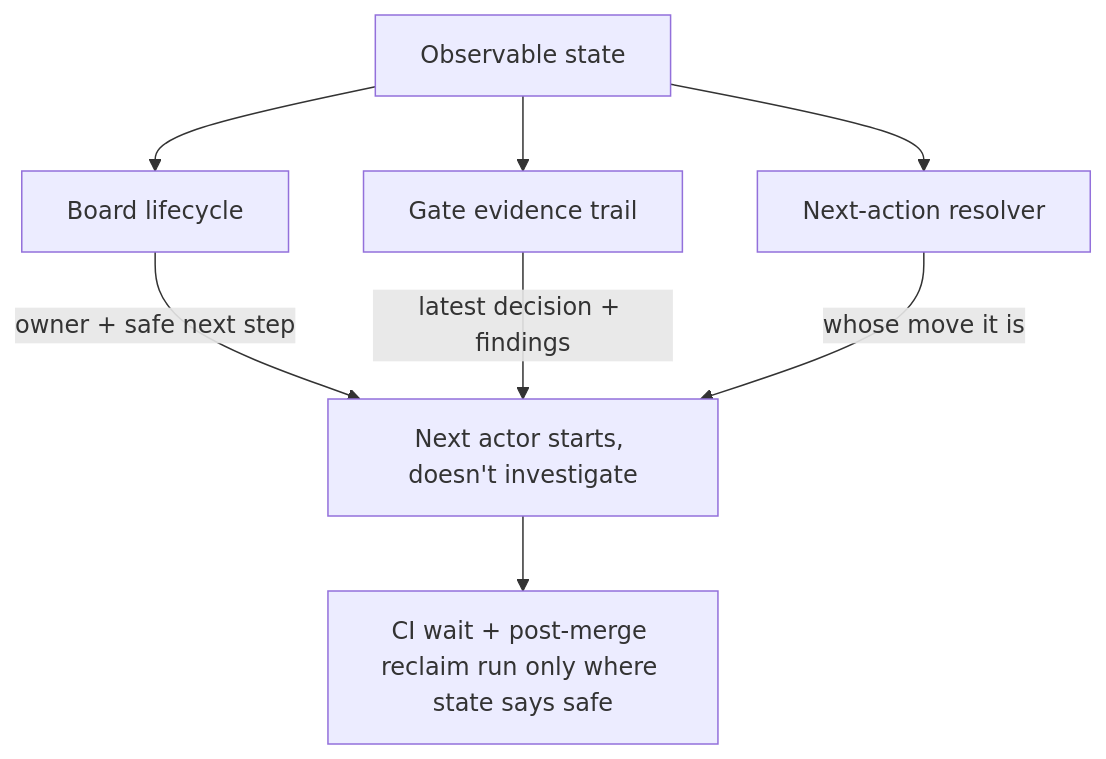
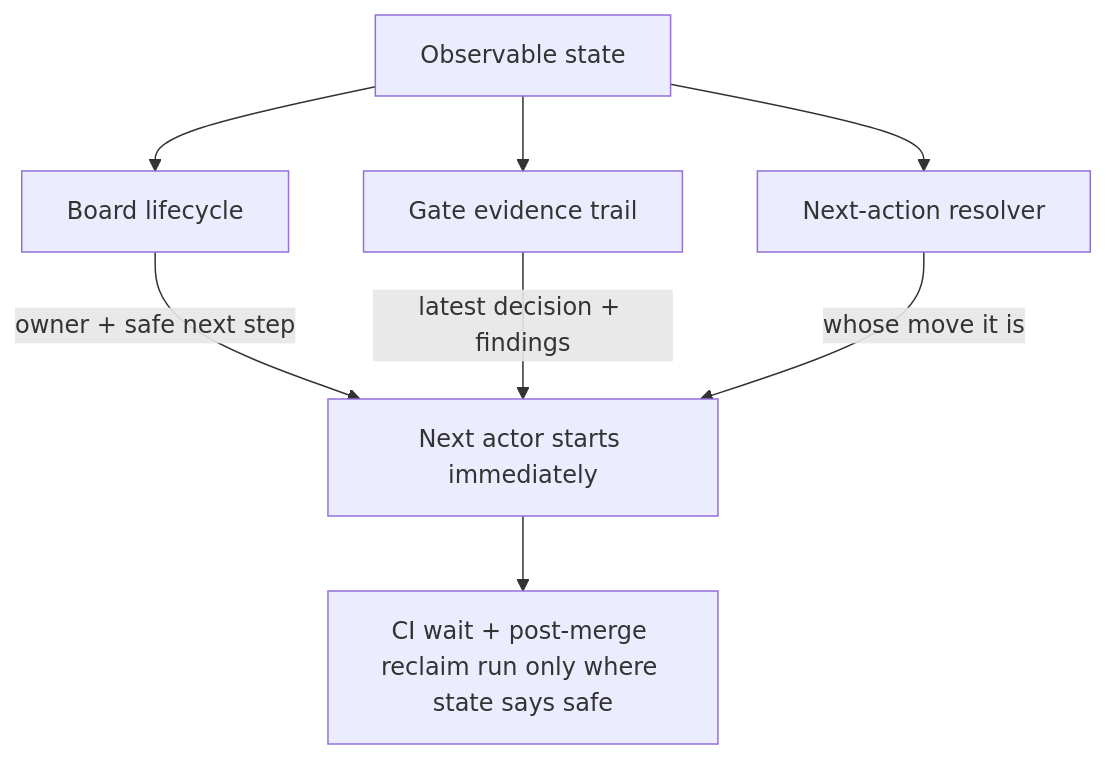
Before and after one commit to mfittko/dev-loops: the fourth of 4 diagrams in docs/articles/make-the-waiting-visible.md, drawn with Mermaid. The commit also changed other lines of this file and 7 other files, not shown here.

````diff
--- a/docs/articles/make-the-waiting-visible.md
+++ b/docs/articles/make-the-waiting-visible.md
@@ -98,10 +98,10 @@
 ```mermaid
 flowchart TD
   S[Observable state] --> B[Board lifecycle]
   S --> G[Gate evidence trail]
   S --> R[Next-action resolver]
-  B -->|owner + safe next step| O[Next actor starts, doesn't investigate]
+  B -->|owner + safe next step| O[Next actor starts immediately]
   G -->|latest decision + findings| O
   R -->|whose move it is| O
   O --> C[CI wait + post-merge reclaim run only where state says safe]
 ```
````
